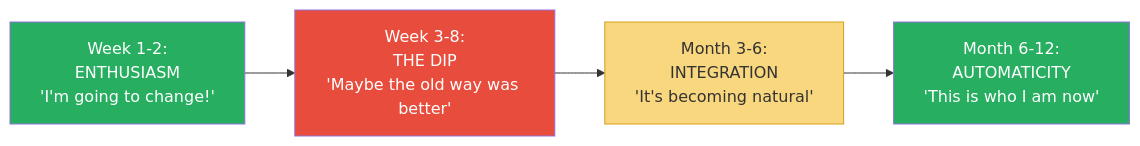
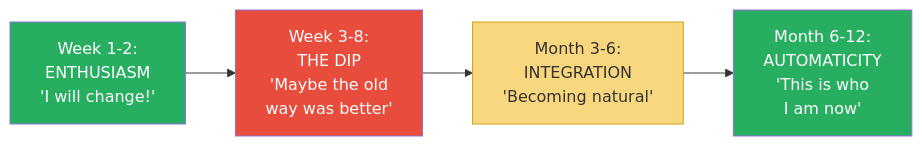
Before and after one commit to alius33/reader: the fifth of 7 diagrams in summaries/Career Strategy/What Got You Here Won't Get You There - Marshall Goldsmith.md, drawn with Mermaid. The commit also changed other lines of this file and 272 other files, not shown here.

````diff
--- a/summaries/Career Strategy/What Got You Here Won't Get You There - Marshall Goldsmith.md
+++ b/summaries/Career Strategy/What Got You Here Won't Get You There - Marshall Goldsmith.md
@@ -925,10 +1838,10 @@
 ```mermaid
 flowchart LR
-    A["Week 1-2:\nENTHUSIASM\n'I'm going to change!'"] --> B["Week 3-8:\nTHE DIP\n'Maybe the old way was better'"]
-    B --> C["Month 3-6:\nINTEGRATION\n'It's becoming natural'"]
-    C --> D["Month 6-12:\nAUTOMATICITY\n'This is who I am now'"]
+    A["Week 1-2:<br>ENTHUSIASM<br>'I will change!'"] --> B["Week 3-8:<br>THE DIP<br>'Maybe the old<br>way was better'"]
+    B --> C["Month 3-6:<br>INTEGRATION<br>'Becoming natural'"]
+    C --> D["Month 6-12:<br>AUTOMATICITY<br>'This is who<br>I am now'"]
     style A fill:#27ae60,color:#fff
     style B fill:#e74c3c,color:#fff
     style C fill:#f9d77e,stroke:#d4a017
     style D fill:#27ae60,color:#fff
 ```
````
